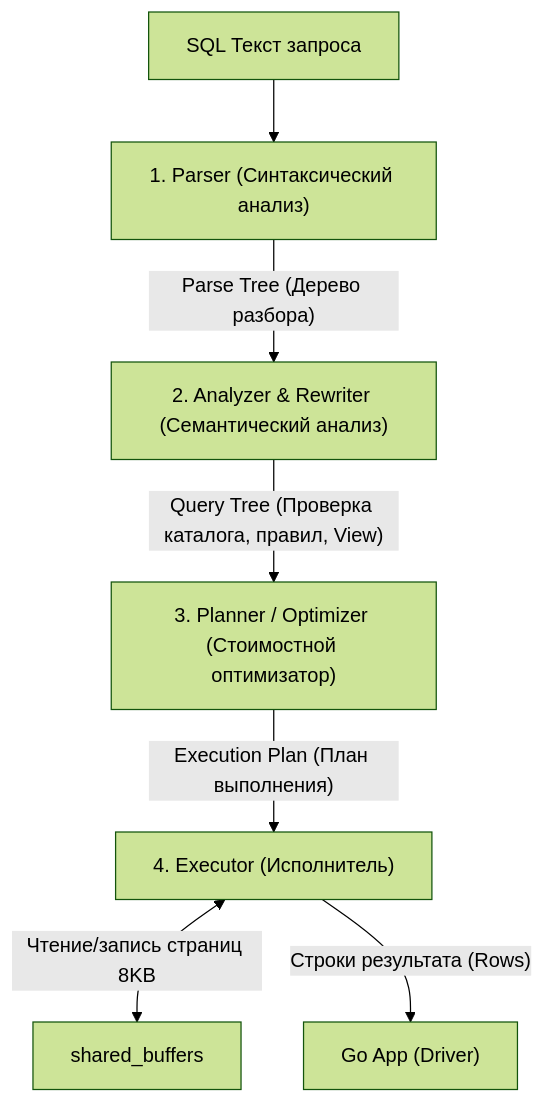
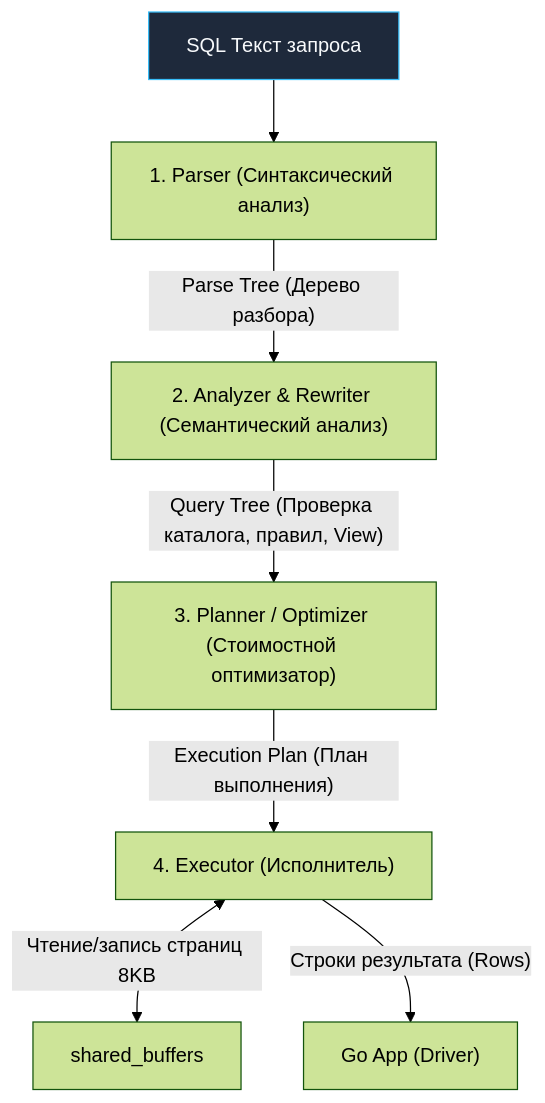
One commit to UnrealTemplier/go-textbook changed the fourth of 4 diagrams in sources/12. Базы данных/06. PostgreSQL/1. Архитектура PostgreSQL.md. Above: the diagram before and after it, drawn with Mermaid (forest theme). The commit also changed other lines of this file and 1666 other files, not shown here.

First line of the commit message:
feat(mermaid): add semantic color classDef to 1369 colorless flowchart/graph diagrams

````diff
--- a/sources/12. Базы данных/06. PostgreSQL/1. Архитектура PostgreSQL.md
+++ b/sources/12. Базы данных/06. PostgreSQL/1. Архитектура PostgreSQL.md
@@ -143,9 +173,19 @@
 ```mermaid
 flowchart TD
-    SQL["SQL Текст запроса"] --> Parser["1. Parser (Синтаксический анализ)"]
+    classDef process  fill:#1e293b,stroke:#38bdf8,stroke-width:1px,color:#f8fafc
+    classDef success  fill:#064e3b,stroke:#34d399,stroke-width:1px,color:#f8fafc
+    classDef error    fill:#7f1d1d,stroke:#f87171,stroke-width:1px,color:#f8fafc
+    classDef warning  fill:#78350f,stroke:#fbbf24,stroke-width:1px,color:#f8fafc
+    classDef entry    fill:#1e3a5f,stroke:#38bdf8,stroke-width:2px,color:#f8fafc
+    classDef aux      fill:#334155,stroke:#64748b,stroke-width:1px,color:#f8fafc
+    classDef system   fill:#312e81,stroke:#a78bfa,stroke-width:1px,color:#f8fafc
+    classDef data     fill:#132d29,stroke:#2dd4bf,stroke-width:1px,color:#f8fafc
+    classDef network  fill:#881337,stroke:#fb7185,stroke-width:1px,color:#f8fafc
+    classDef accent   fill:#1e1b4b,stroke:#818cf8,stroke-width:1px,color:#f8fafc
+    SQL["SQL Текст запроса"]:::process --> Parser["1. Parser (Синтаксический анализ)"]
     Parser -->|"Parse Tree (Дерево разбора)"| Analyzer["2. Analyzer & Rewriter (Семантический анализ)"]
     Analyzer -->|"Query Tree (Проверка каталога, правил, View)"| Planner["3. Planner / Optimizer (Стоимостной оптимизатор)"]
     Planner -->|"Execution Plan (План выполнения)"| Executor["4. Executor (Исполнитель)"]
     Executor <-->|"Чтение/запись страниц 8KB"| SB["shared_buffers"]
     Executor -->|"Строки результата (Rows)"| Client["Go App (Driver)"]
 ```
````
